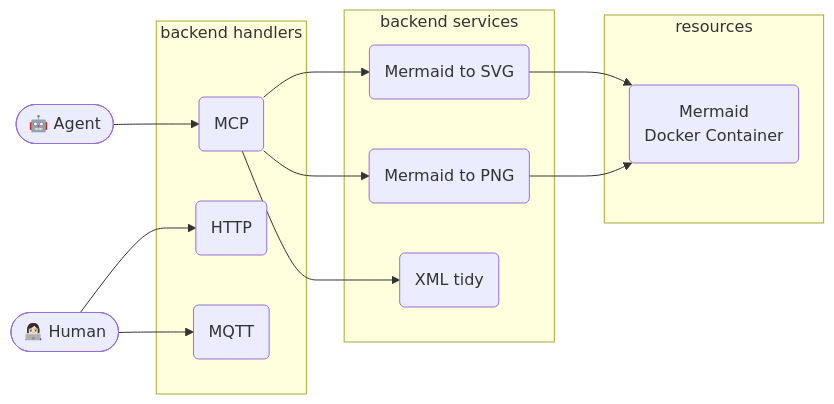
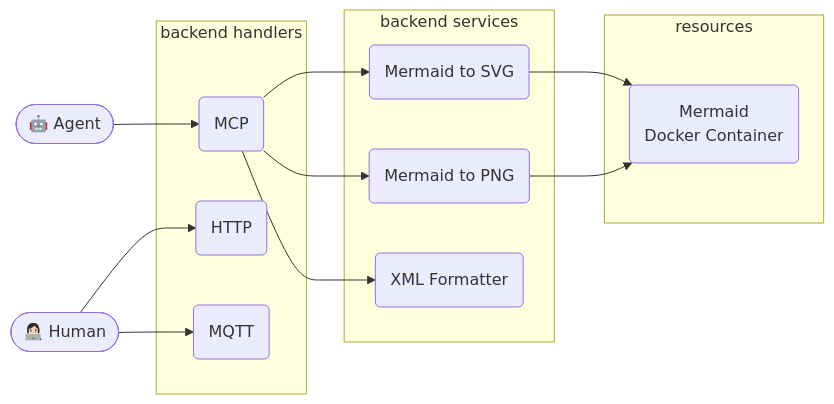
Before and after one commit to virus-warnning/agent_swings: the diagram in docs/SYS_ARCH.md, drawn with Mermaid. The commit also changed 6 other files, not shown here.

````diff
--- a/docs/SYS_ARCH.md
+++ b/docs/SYS_ARCH.md
@@ -1,26 +1,26 @@
 ```mermaid
 flowchart LR
   A1([🤖 Agent])
   A2([👩🏻‍💻 Human])
 
   subgraph backend handlers
     B1(MCP)
     B2(HTTP)
     B3(MQTT)
   end
 
   subgraph backend services
     C1(Mermaid to SVG)
     C2(Mermaid to PNG)
-    C3(XML tidy)
+    C3(XML Formatter)
   end
 
   subgraph resources
     D1(Mermaid<br>Docker Container)
   end
 
   A1 --> B1
   A2 --> B2 & B3
   B1 --> C1 & C2 & C3
   C1 & C2 --> D1
 ```
````
